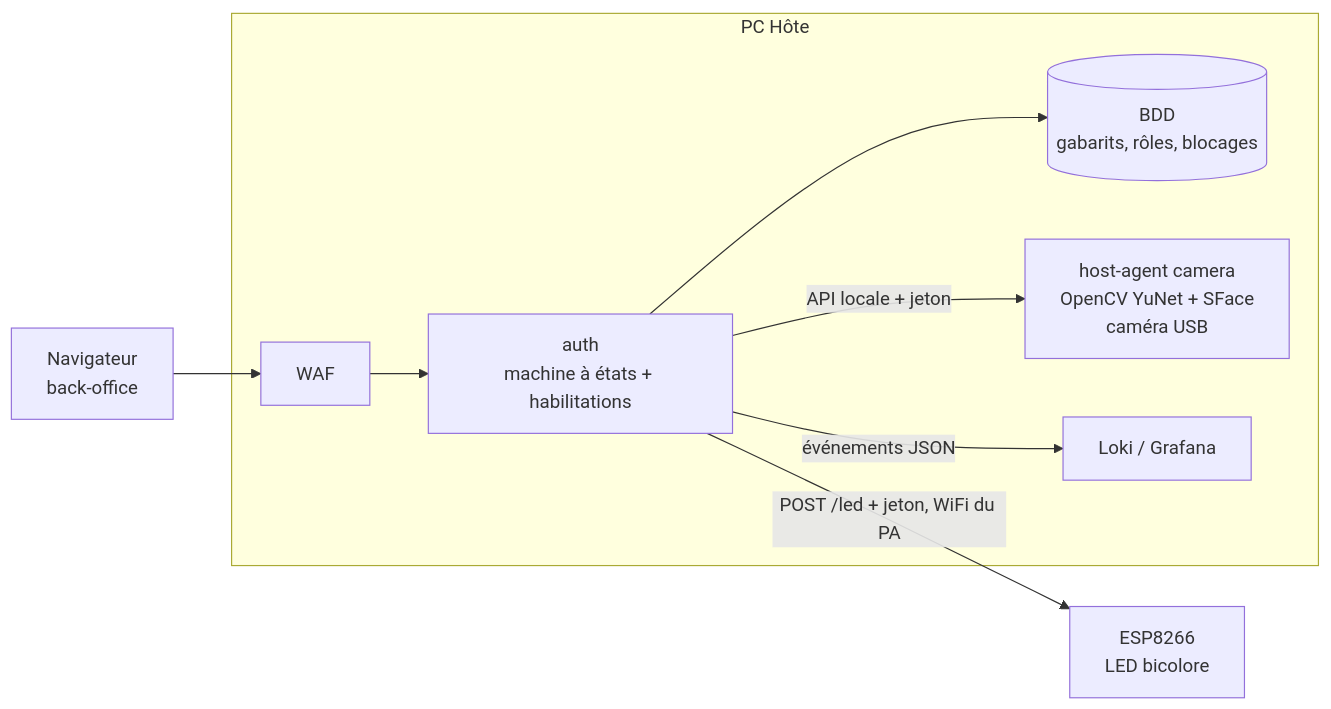
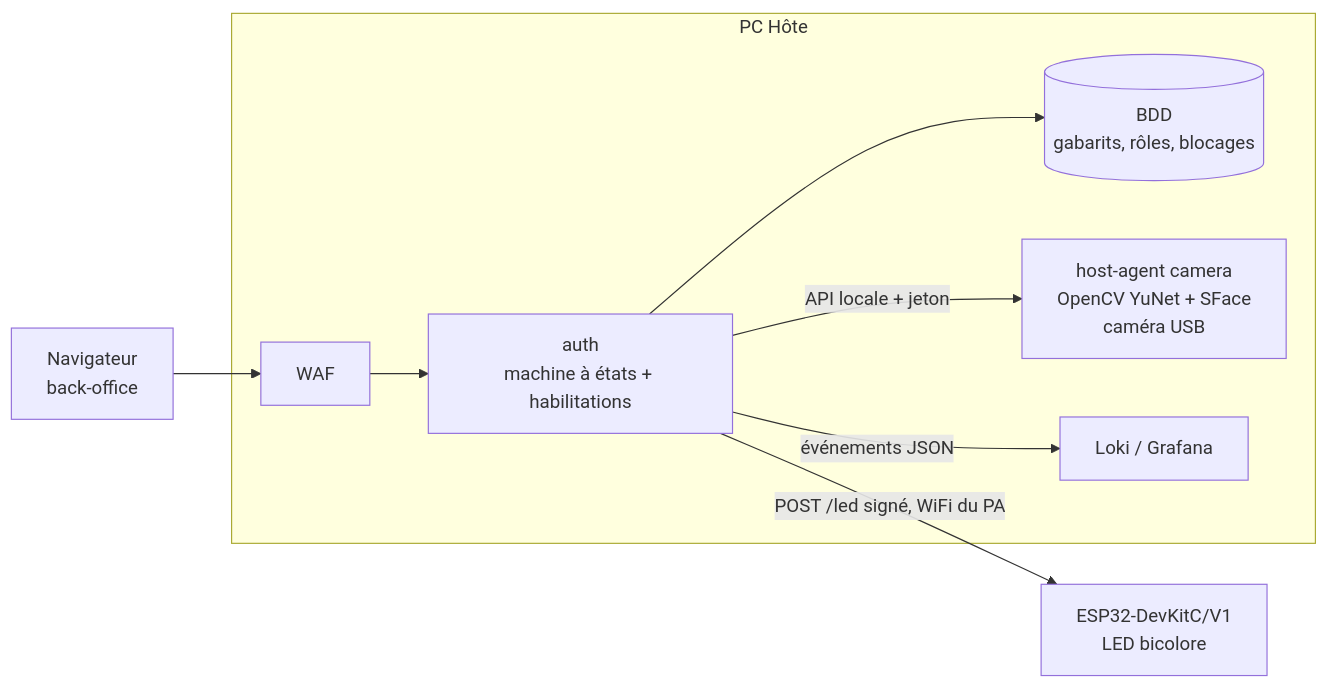
The second of 2 diagrams in docs/consigne-additionnelle-1.md (GabYan876/Resilience-Alpha), drawn with Mermaid before and after one commit. The commit also changed other lines of this file and 20 other files, not shown here.

Commit message:
fix: adapter le firmware LED à l’ESP32

````diff
--- a/docs/consigne-additionnelle-1.md
+++ b/docs/consigne-additionnelle-1.md
@@ -64,11 +64,11 @@
 ```mermaid
 flowchart LR
     USER[Navigateur<br/>back-office] --> WAF
     subgraph HOST[PC Hôte]
         WAF --> AUTH[auth<br/>machine à états + habilitations]
         AUTH --> DB[(BDD<br/>gabarits, rôles, blocages)]
         AUTH -->|API locale + jeton| CAM[host-agent camera<br/>OpenCV YuNet + SFace<br/>caméra USB]
         AUTH -->|événements JSON| LOKI[Loki / Grafana]
     end
-    AUTH -->|POST /led + jeton, WiFi du PA| ESP[ESP8266<br/>LED bicolore]
+    AUTH -->|POST /led signé, WiFi du PA| ESP[ESP32-DevKitC/V1<br/>LED bicolore]
 ```
````
